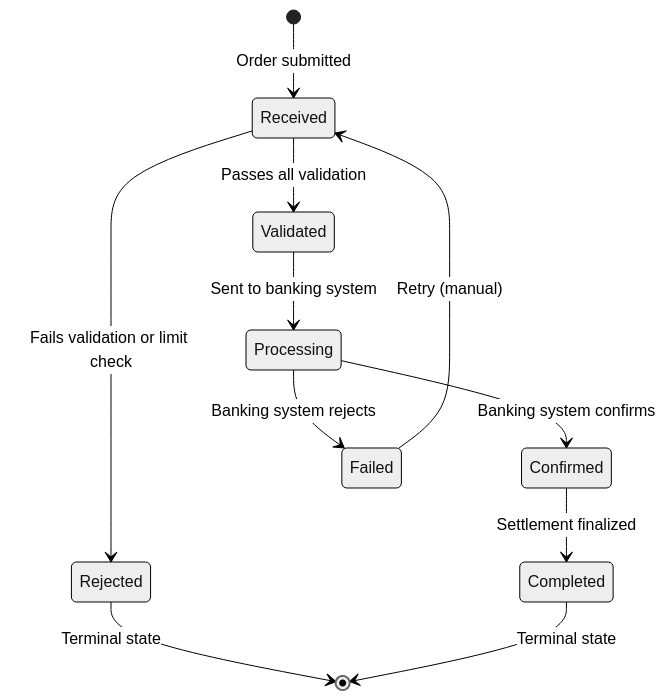
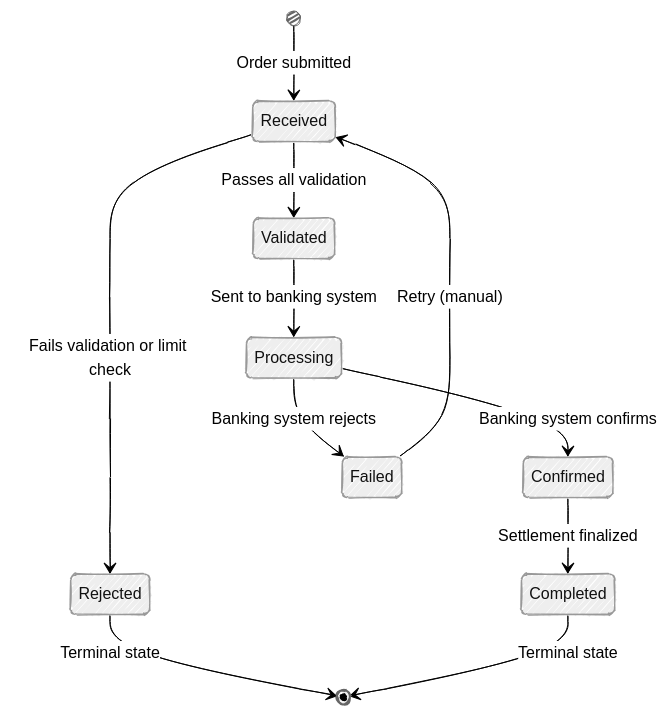
Before and after one commit to abezr/adaptive-cash-interview: the third of 3 diagrams in docs/c4/component.md, drawn with Mermaid (neutral theme). The commit also changed other lines of this file and 3 other files, not shown here.

First line of the commit message:
Restyle C4 diagrams to match justo-agent-poc handDrawn style

````diff
--- a/docs/c4/component.md
+++ b/docs/c4/component.md
@@ -113,13 +156,17 @@
 ```mermaid
+---
+config:
+  look: handDrawn
+---
 stateDiagram-v2
     [*] --> Received: Order submitted
     Received --> Validated: Passes all validation
     Received --> Rejected: Fails validation or limit check
     Validated --> Processing: Sent to banking system
     Processing --> Confirmed: Banking system confirms
     Processing --> Failed: Banking system rejects
     Confirmed --> Completed: Settlement finalized
     Failed --> Received: Retry (manual)
     Rejected --> [*]: Terminal state
     Completed --> [*]: Terminal state
 ```
````
